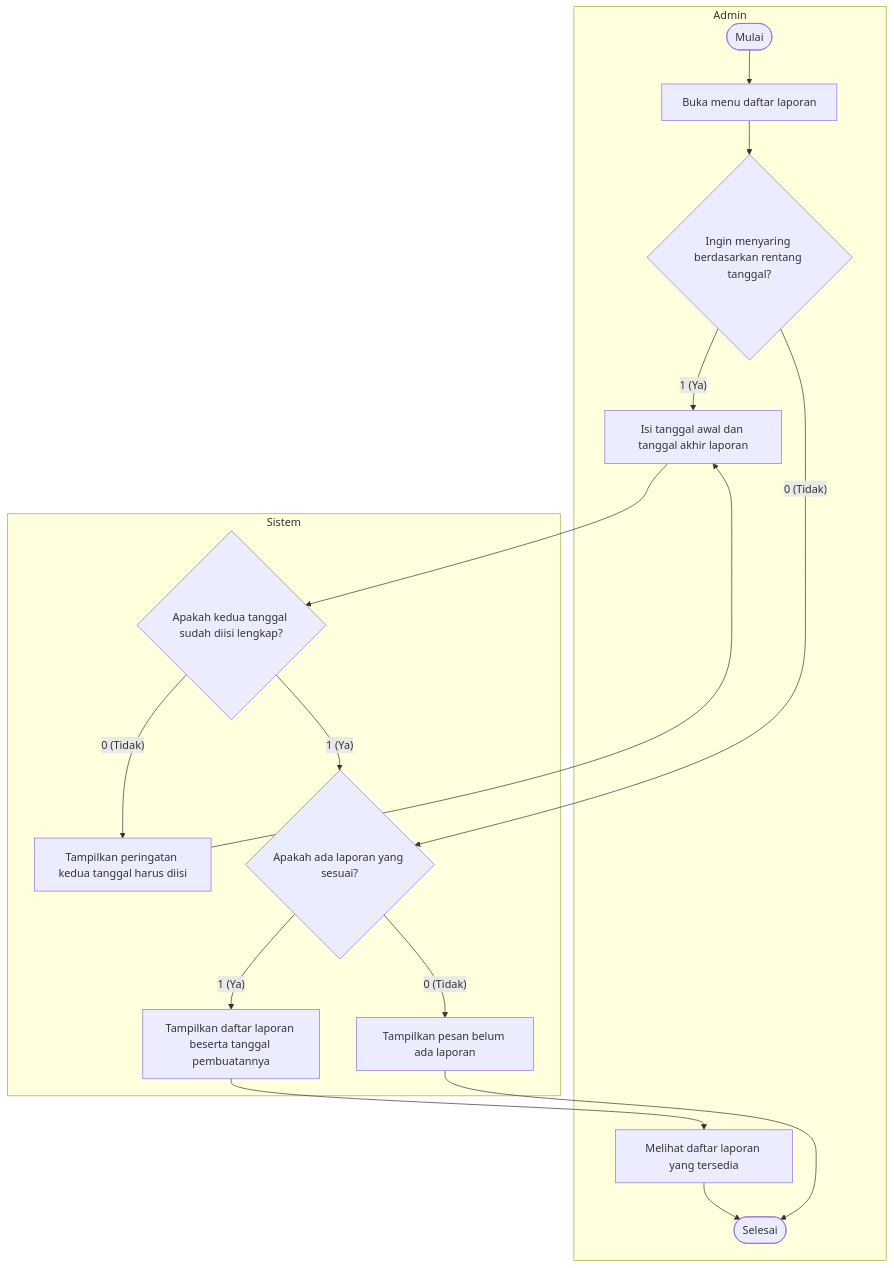
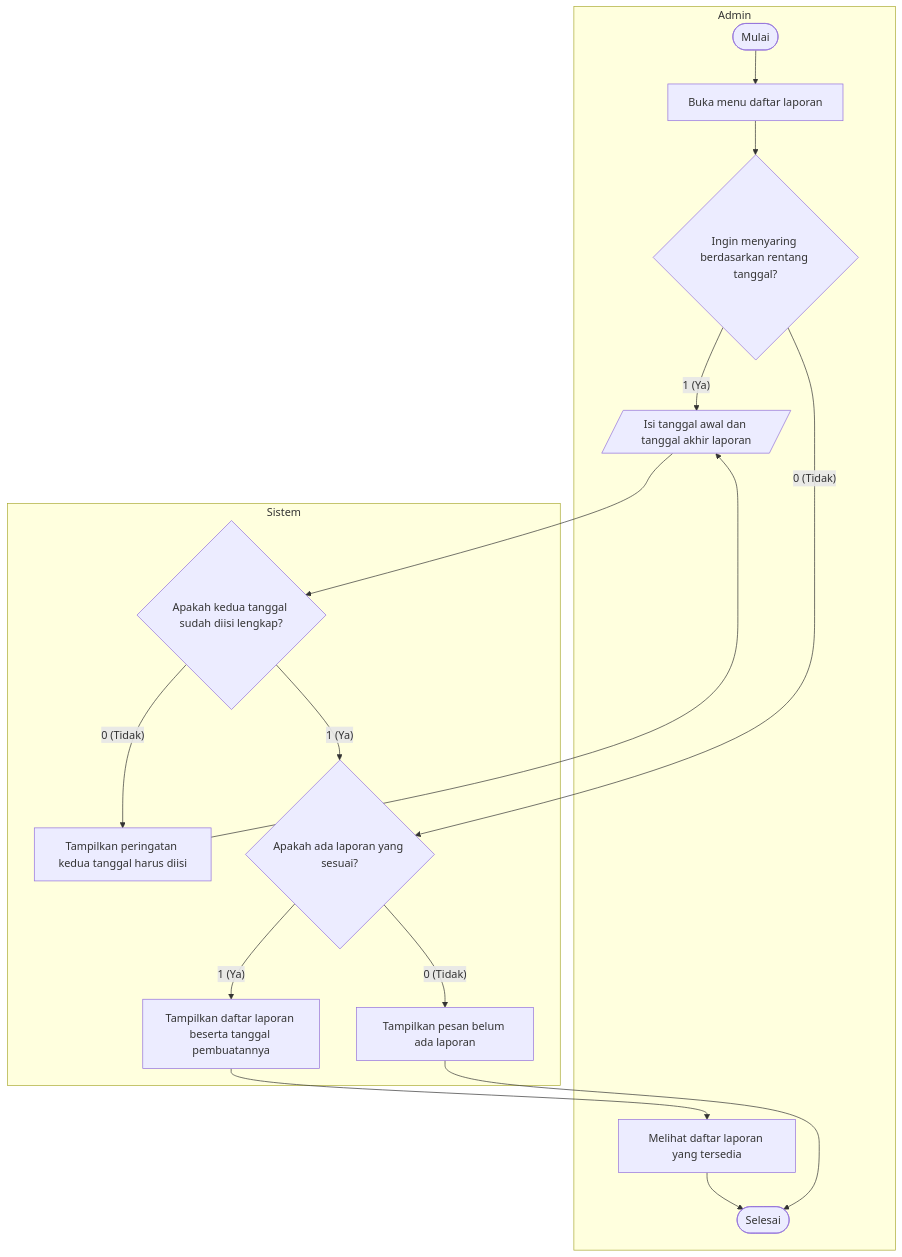
The diagram in docs/uml/src/diagrams/list-diagrams/activity-readlistlaporan.mmd (dimstyle/ruang-baca), drawn with Mermaid before and after one commit. The commit also changed 78 other files, not shown here.

Commit message:
docs(uml): use parallelogram shape for input and button actions in flowchart and activity diagrams

```diff
--- a/docs/uml/src/diagrams/list-diagrams/activity-readlistlaporan.mmd
+++ b/docs/uml/src/diagrams/list-diagrams/activity-readlistlaporan.mmd
@@ -1,19 +1,19 @@
 flowchart TD
     subgraph Admin["Admin"]
         start(["Mulai"]) --> openMenu["Buka menu daftar laporan"]
         openMenu --> wantFilter{"Ingin menyaring berdasarkan rentang tanggal?"}
-        wantFilter -->|"1 (Ya)"| inputDates["Isi tanggal awal dan tanggal akhir laporan"]
+        wantFilter -->|"1 (Ya)"| inputDates[/"Isi tanggal awal dan tanggal akhir laporan"/]
         viewList["Melihat daftar laporan yang tersedia"] --> finish(["Selesai"])
     end
 
     subgraph Sistem["Sistem"]
         inputDates --> checkDates{"Apakah kedua tanggal sudah diisi lengkap?"}
         checkDates -->|"0 (Tidak)"| warnDates["Tampilkan peringatan kedua tanggal harus diisi"]
         warnDates --> inputDates
         checkDates -->|"1 (Ya)"| checkList{"Apakah ada laporan yang sesuai?"}
         wantFilter -->|"0 (Tidak)"| checkList
         checkList -->|"0 (Tidak)"| emptyMsg["Tampilkan pesan belum ada laporan"]
         emptyMsg --> finish
         checkList -->|"1 (Ya)"| showList["Tampilkan daftar laporan beserta tanggal pembuatannya"]
         showList --> viewList
     end
```
